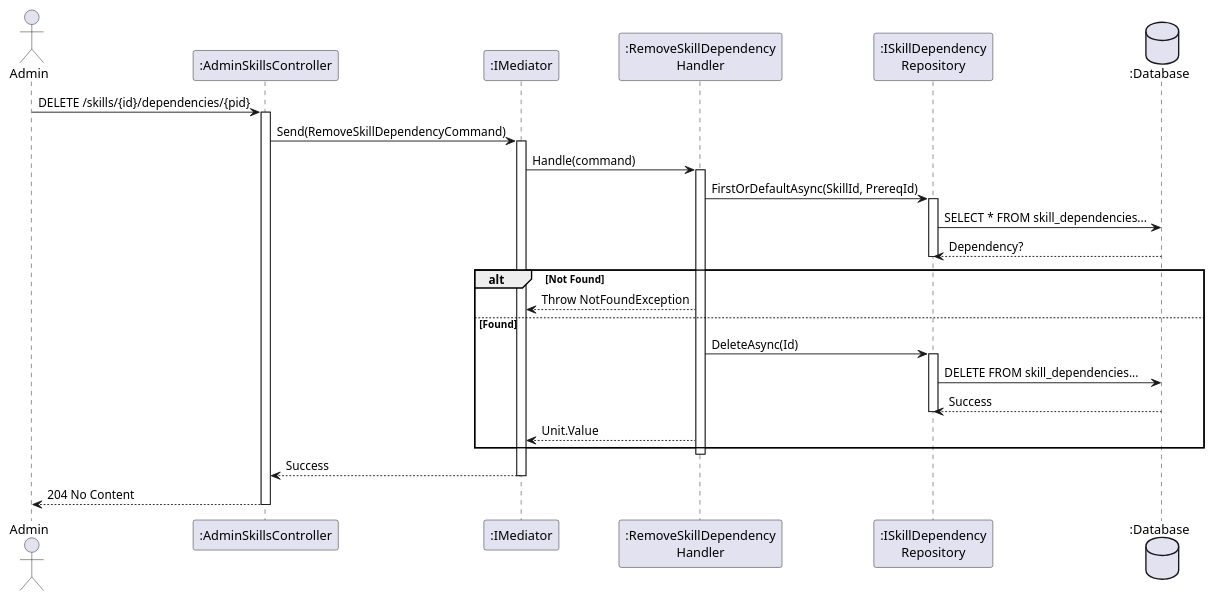
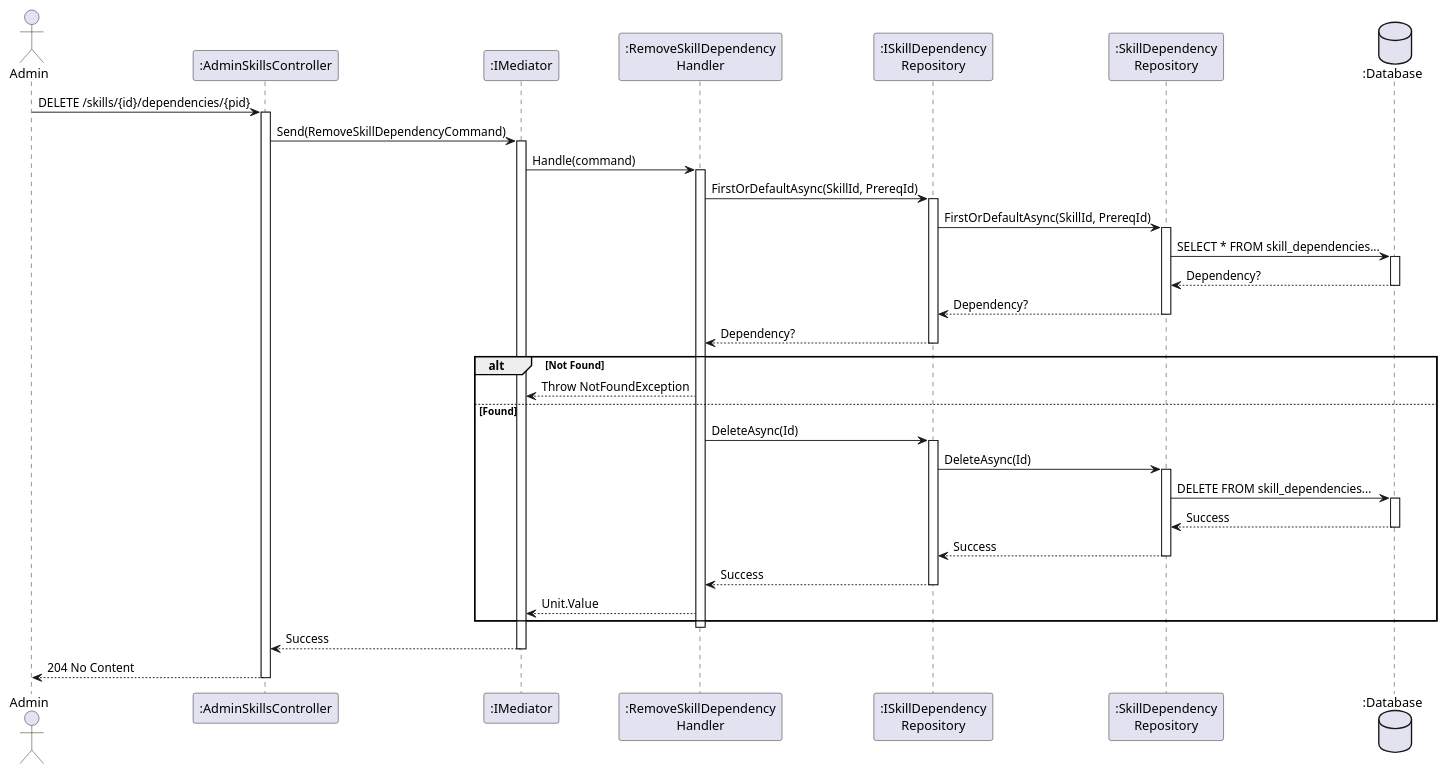
Before and after one commit to FA25SE050-RogueLearn/RogueLearn.BMAD.Documentation: the diagram in docs/srs/diagrams/sequence-diagram/admin-skills/remove-skill-dependency.puml, drawn with PlantUML. The commit also changed 28 other files, not shown here.

Commit message:
feat: add and refix some diagrams to add implementations objects

```diff
--- a/docs/srs/diagrams/sequence-diagram/admin-skills/remove-skill-dependency.puml
+++ b/docs/srs/diagrams/sequence-diagram/admin-skills/remove-skill-dependency.puml
@@ -1,44 +1,59 @@
 @startuml
 actor Admin
 participant ":AdminSkillsController" as Controller
 participant ":IMediator" as Med
 participant ":RemoveSkillDependency\nHandler" as Handler
-participant ":ISkillDependency\nRepository" as DepRepo
+participant ":ISkillDependency\nRepository" as IDepRepo
+participant ":SkillDependency\nRepository" as DepRepo
 database ":Database" as DB
 
 Admin -> Controller : DELETE /skills/{id}/dependencies/{pid}
 activate Controller
 
 Controller -> Med : Send(RemoveSkillDependencyCommand)
 activate Med
 
 Med -> Handler : Handle(command)
 activate Handler
 
 ' 1. Find Dependency
-Handler -> DepRepo : FirstOrDefaultAsync(SkillId, PrereqId)
+Handler -> IDepRepo : FirstOrDefaultAsync(SkillId, PrereqId)
+activate IDepRepo
+IDepRepo -> DepRepo : FirstOrDefaultAsync(SkillId, PrereqId)
 activate DepRepo
 DepRepo -> DB : SELECT * FROM skill_dependencies...
+activate DB
 DB --> DepRepo : Dependency?
+deactivate DB
+DepRepo --> IDepRepo : Dependency?
 deactivate DepRepo
+IDepRepo --> Handler : Dependency?
+deactivate IDepRepo
 
 alt Not Found
     Handler --> Med : Throw NotFoundException
 else Found
     ' 2. Delete
-    Handler -> DepRepo : DeleteAsync(Id)
+    Handler -> IDepRepo : DeleteAsync(Id)
+    activate IDepRepo
+    IDepRepo -> DepRepo : DeleteAsync(Id)
     activate DepRepo
     DepRepo -> DB : DELETE FROM skill_dependencies...
+    activate DB
     DB --> DepRepo : Success
+    deactivate DB
+    DepRepo --> IDepRepo : Success
     deactivate DepRepo
+    IDepRepo --> Handler : Success
+    deactivate IDepRepo
     
     Handler --> Med : Unit.Value
 end
 
 deactivate Handler
 Med --> Controller : Success
 deactivate Med
 
 Controller --> Admin : 204 No Content
 deactivate Controller
 @enduml
```
